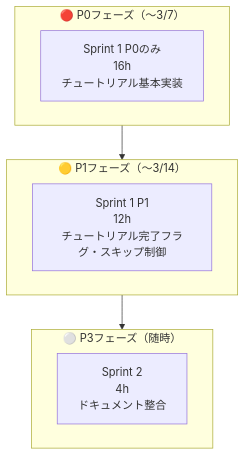
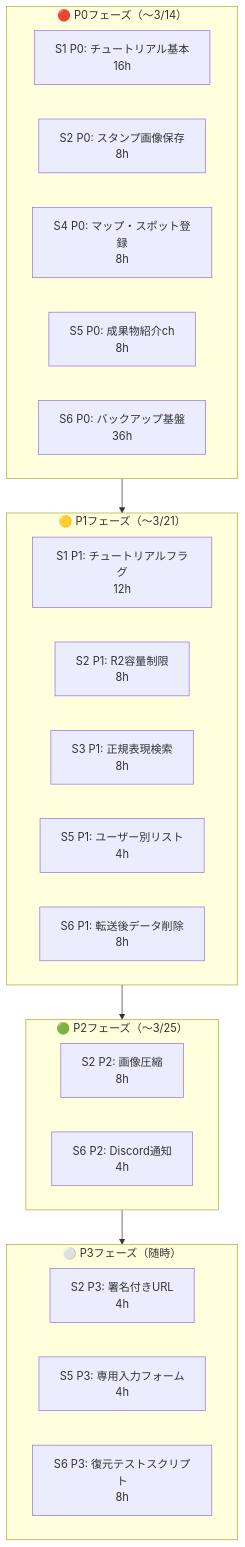
Before and after one commit to jyogi-web/Jyogi_SNS: the third of 3 diagrams in docs/09_schedule_and_issues.md, drawn with Mermaid. The commit also changed other lines of this file, not shown here.

````diff
--- a/docs/09_schedule_and_issues.md
+++ b/docs/09_schedule_and_issues.md
@@ -125,16 +188,31 @@
 ```mermaid
 flowchart TB
-    subgraph MVP["🔴 P0フェーズ（〜3/7）"]
-        A["Sprint 1 P0のみ\n16h\nチュートリアル基本実装"]
+    subgraph MVP["🔴 P0フェーズ（〜3/14）"]
+        A["S1 P0: チュートリアル基本\n16h"]
+        B["S2 P0: スタンプ画像保存\n8h"]
+        C["S4 P0: マップ・スポット登録\n8h"]
+        D["S5 P0: 成果物紹介ch\n8h"]
+        E["S6 P0: バックアップ基盤\n36h"]
     end
 
-    subgraph EXT["🟡 P1フェーズ（〜3/14）"]
-        B["Sprint 1 P1\n12h\nチュートリアル完了フラグ・スキップ制御"]
+    subgraph EXT["🟡 P1フェーズ（〜3/21）"]
+        F["S1 P1: チュートリアルフラグ\n12h"]
+        G["S2 P1: R2容量制限\n8h"]
+        H["S3 P1: 正規表現検索\n8h"]
+        I["S5 P1: ユーザー別リスト\n4h"]
+        J["S6 P1: 転送後データ削除\n8h"]
     end
 
-    subgraph DOCS["⚪ P3フェーズ（随時）"]
-        D["Sprint 2\n4h\nドキュメント整合"]
+    subgraph MID["🟢 P2フェーズ（〜3/25）"]
+        K["S2 P2: 画像圧縮\n8h"]
+        L["S6 P2: Discord通知\n4h"]
     end
 
-    MVP --> EXT --> DOCS
+    subgraph FUTURE["⚪ P3フェーズ（随時）"]
+        M["S2 P3: 署名付きURL\n4h"]
+        N["S5 P3: 専用入力フォーム\n4h"]
+        O["S6 P3: 復元テストスクリプト\n8h"]
+    end
+
+    MVP --> EXT --> MID --> FUTURE
 ```
````
